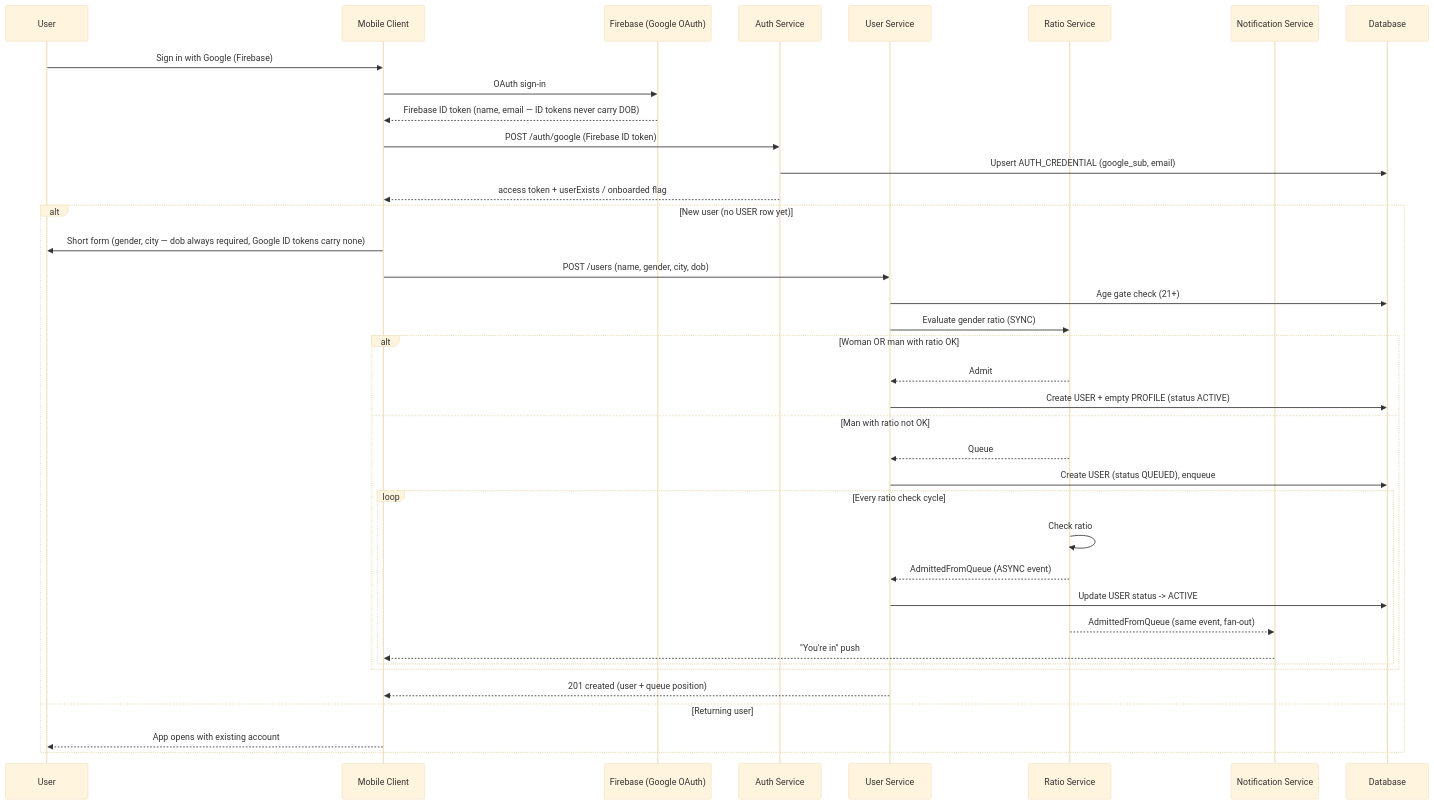
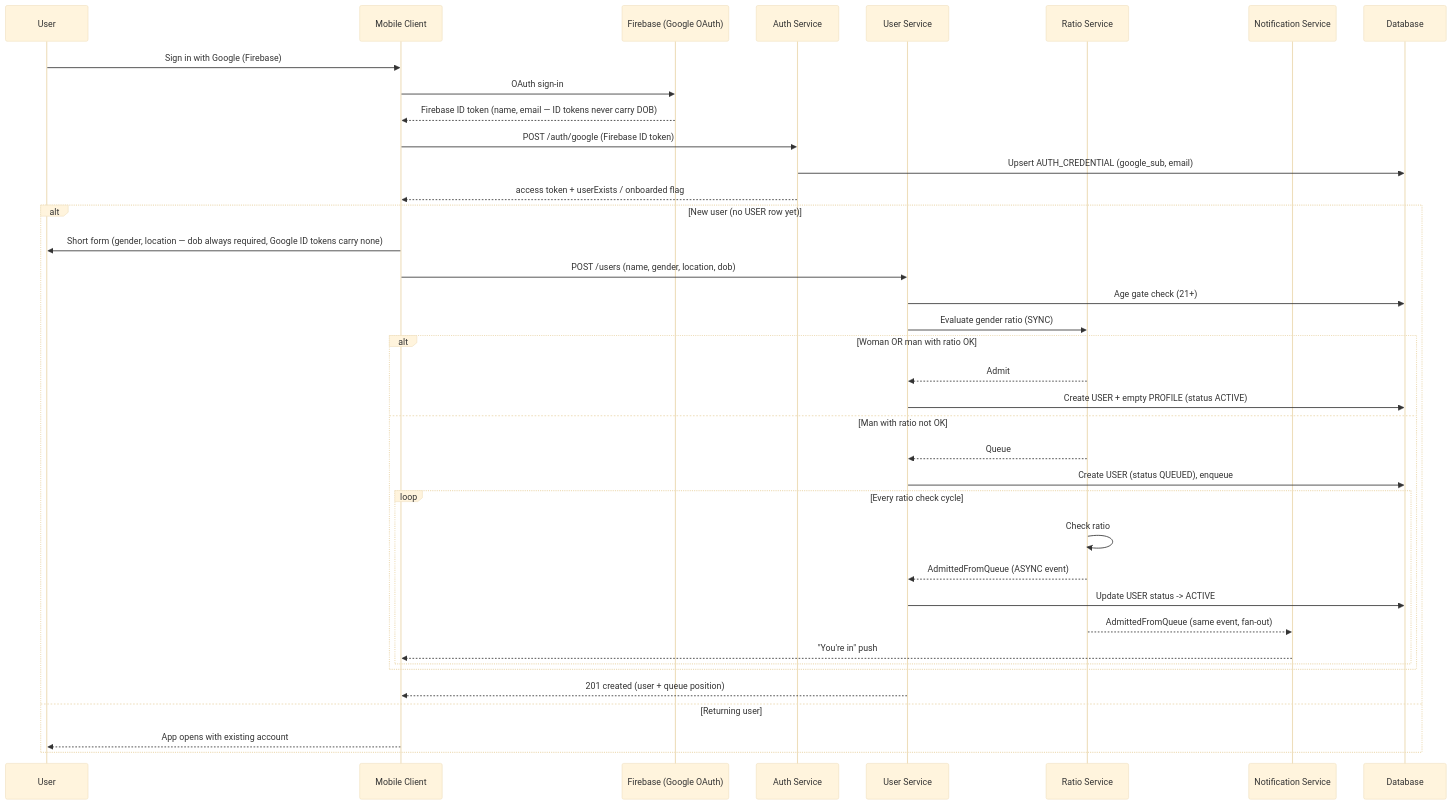
One commit to cheetah-org/fold-design changed the diagram in core-flow/reg-flow.md. Above: the diagram before and after it, drawn with Mermaid (base theme). The commit also changed 12 other files, not shown here.

First line of the commit message:
Sync ER diagram with API specs, replace city with location/region, fix cross-doc errors

````diff
--- a/core-flow/reg-flow.md
+++ b/core-flow/reg-flow.md
@@ -1,42 +1,42 @@
 ```mermaid
 sequenceDiagram
     participant User as User
     participant Client as Mobile Client
     participant Firebase as Firebase (Google OAuth)
     participant Auth as Auth Service
     participant UserSvc as User Service
     participant Ratio as Ratio Service
     participant Notif as Notification Service
     participant DB as Database
 
     User ->> Client: Sign in with Google (Firebase)
     Client ->> Firebase: OAuth sign-in
     Firebase -->> Client: Firebase ID token (name, email — ID tokens never carry DOB)
     Client ->> Auth: POST /auth/google (Firebase ID token)
     Auth ->> DB: Upsert AUTH_CREDENTIAL (google_sub, email)
     Auth -->> Client: access token + userExists / onboarded flag
 
     alt New user (no USER row yet)
-        Client ->> User: Short form (gender, city — dob always required, Google ID tokens carry none)
-        Client ->> UserSvc: POST /users (name, gender, city, dob)
+        Client ->> User: Short form (gender, location — dob always required, Google ID tokens carry none)
+        Client ->> UserSvc: POST /users (name, gender, location, dob)
         UserSvc ->> DB: Age gate check (21+)
         UserSvc ->> Ratio: Evaluate gender ratio (SYNC)
         alt Woman OR man with ratio OK
             Ratio -->> UserSvc: Admit
             UserSvc ->> DB: Create USER + empty PROFILE (status ACTIVE)
         else Man with ratio not OK
             Ratio -->> UserSvc: Queue
             UserSvc ->> DB: Create USER (status QUEUED), enqueue
             loop Every ratio check cycle
                 Ratio ->> Ratio: Check ratio
                 Ratio -->> UserSvc: AdmittedFromQueue (ASYNC event)
                 UserSvc ->> DB: Update USER status -> ACTIVE
                 Ratio -->> Notif: AdmittedFromQueue (same event, fan-out)
                 Notif -->> Client: "You're in" push
             end
         end
         UserSvc -->> Client: 201 created (user + queue position)
     else Returning user
         Client -->> User: App opens with existing account
     end
 ```
````
